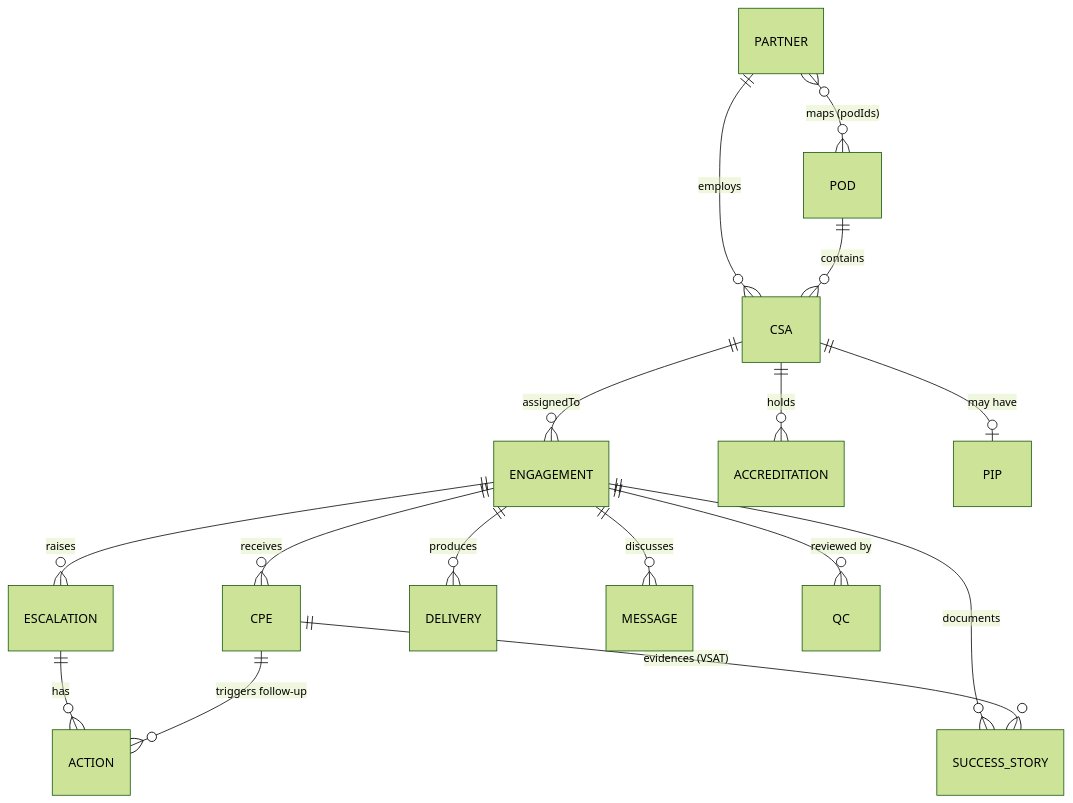
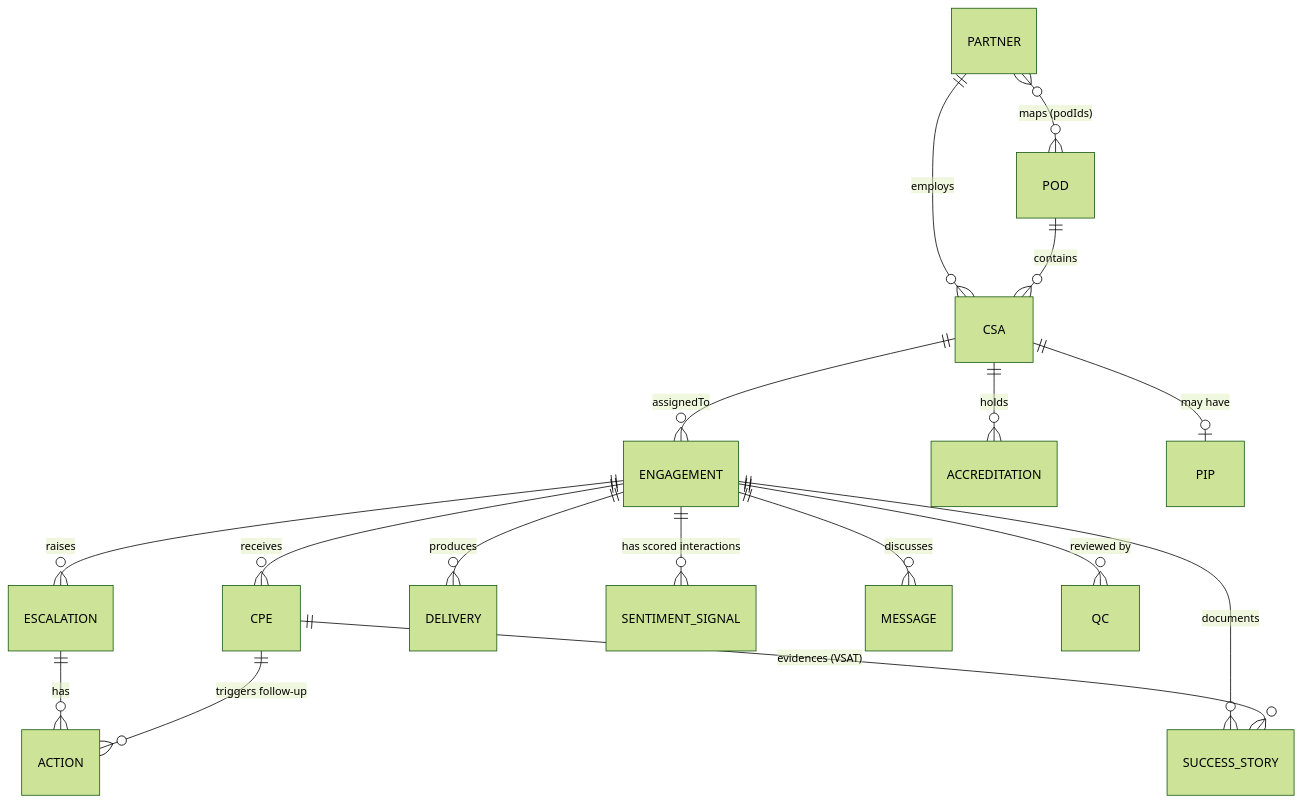
One commit to lefrasso/SSD-Command-Center changed the diagram in specs/02-data-and-system-of-record.md. Above: the diagram before and after it, drawn with Mermaid (forest theme). The commit also changed other lines of this file and 25 other files, not shown here.

````diff
--- a/specs/02-data-and-system-of-record.md
+++ b/specs/02-data-and-system-of-record.md
@@ -84,18 +86,19 @@
 ```mermaid
 erDiagram
   PARTNER ||--o{ CSA : employs
   POD ||--o{ CSA : contains
   PARTNER }o--o{ POD : "maps (podIds)"
   CSA ||--o{ ENGAGEMENT : "assignedTo"
   ENGAGEMENT ||--o{ ESCALATION : raises
   ESCALATION ||--o{ ACTION : has
   ENGAGEMENT ||--o{ CPE : receives
   ENGAGEMENT ||--o{ DELIVERY : produces
   ENGAGEMENT ||--o{ SUCCESS_STORY : documents
   CPE ||--o{ SUCCESS_STORY : "evidences (VSAT)"
   CPE ||--o{ ACTION : "triggers follow-up"
+  ENGAGEMENT ||--o{ SENTIMENT_SIGNAL : "has scored interactions"
   ENGAGEMENT ||--o{ MESSAGE : discusses
   ENGAGEMENT ||--o{ QC : "reviewed by"
   CSA ||--o{ ACCREDITATION : holds
   CSA ||--o| PIP : "may have"
 ```
````
